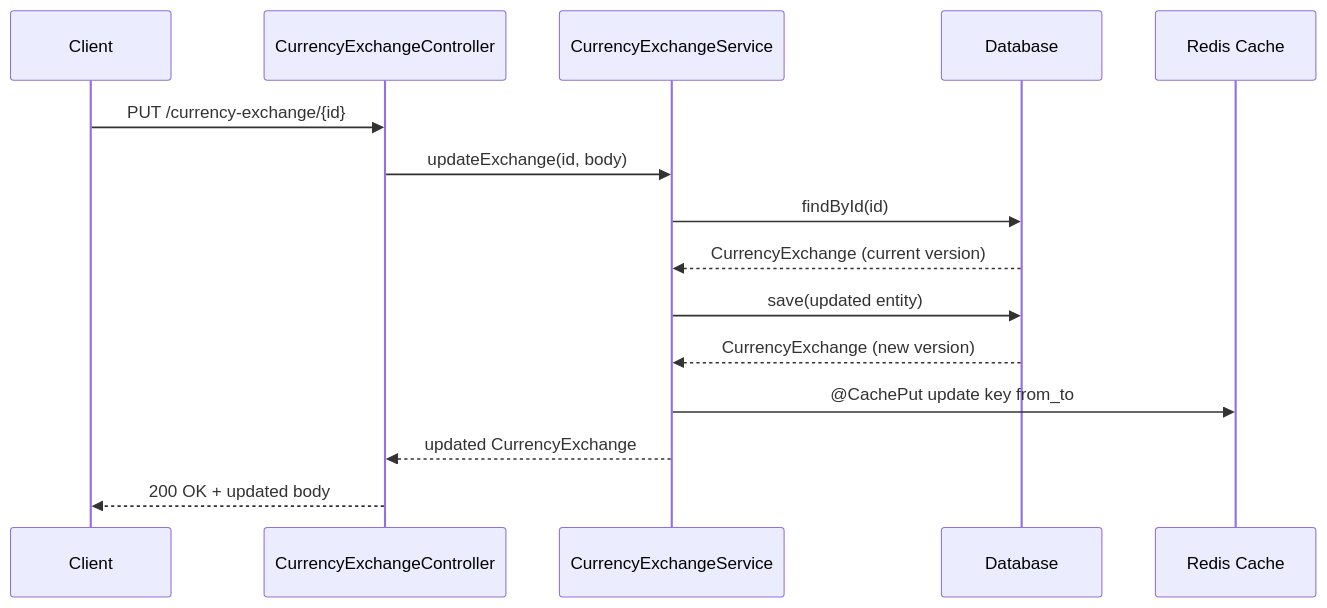
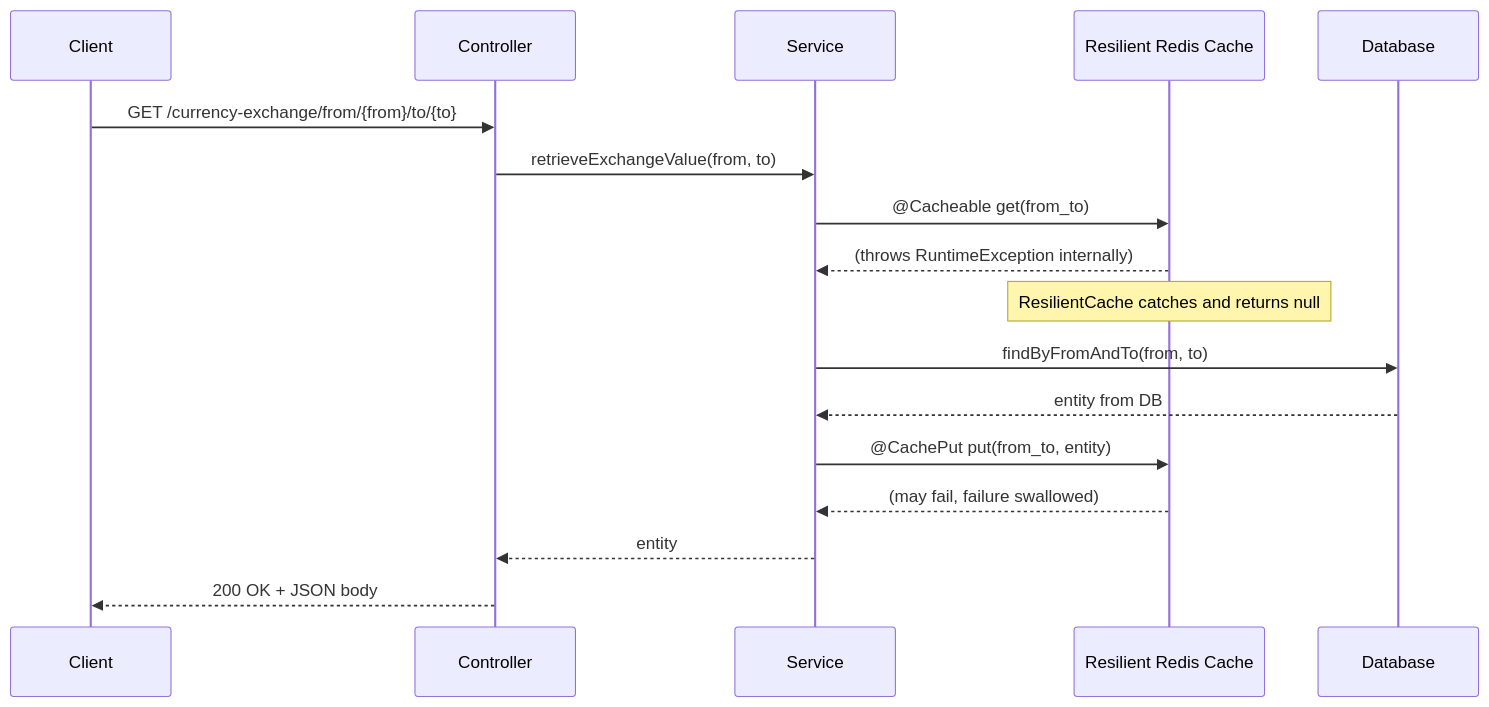
The second of 3 diagrams in Readme.md (vishalshingate/currency-exchange-service), drawn with Mermaid before and after one commit. The commit also changed other lines of this file and 5 other files, not shown here.

````diff
--- a/Readme.md
+++ b/Readme.md
@@ -83,18 +105,20 @@
 ```mermaid
 sequenceDiagram
     participant C as Client
-    participant Ctrl as CurrencyExchangeController
-    participant S as CurrencyExchangeService
+    participant Ctrl as Controller
+    participant S as Service
+    participant Cache as Resilient Redis Cache
     participant DB as Database
-    participant Cache as Redis Cache
 
-    C->>Ctrl: PUT /currency-exchange/{id}
-    Ctrl->>S: updateExchange(id, body)
-    S->>DB: findById(id)
-    DB-->>S: CurrencyExchange (current version)
-    S->>DB: save(updated entity)
-    DB-->>S: CurrencyExchange (new version)
-    S->>Cache: @CachePut update key from_to
-    S-->>Ctrl: updated CurrencyExchange
-    Ctrl-->>C: 200 OK + updated body
+    C->>Ctrl: GET /currency-exchange/from/{from}/to/{to}
+    Ctrl->>S: retrieveExchangeValue(from, to)
+    S->>Cache: @Cacheable get(from_to)
+    Cache-->>S: (throws RuntimeException internally)
+    note over Cache: ResilientCache catches and returns null
+    S->>DB: findByFromAndTo(from, to)
+    DB-->>S: entity from DB
+    S->>Cache: @CachePut put(from_to, entity)
+    Cache-->>S: (may fail, failure swallowed)
+    S-->>Ctrl: entity
+    Ctrl-->>C: 200 OK + JSON body
 ```
````
